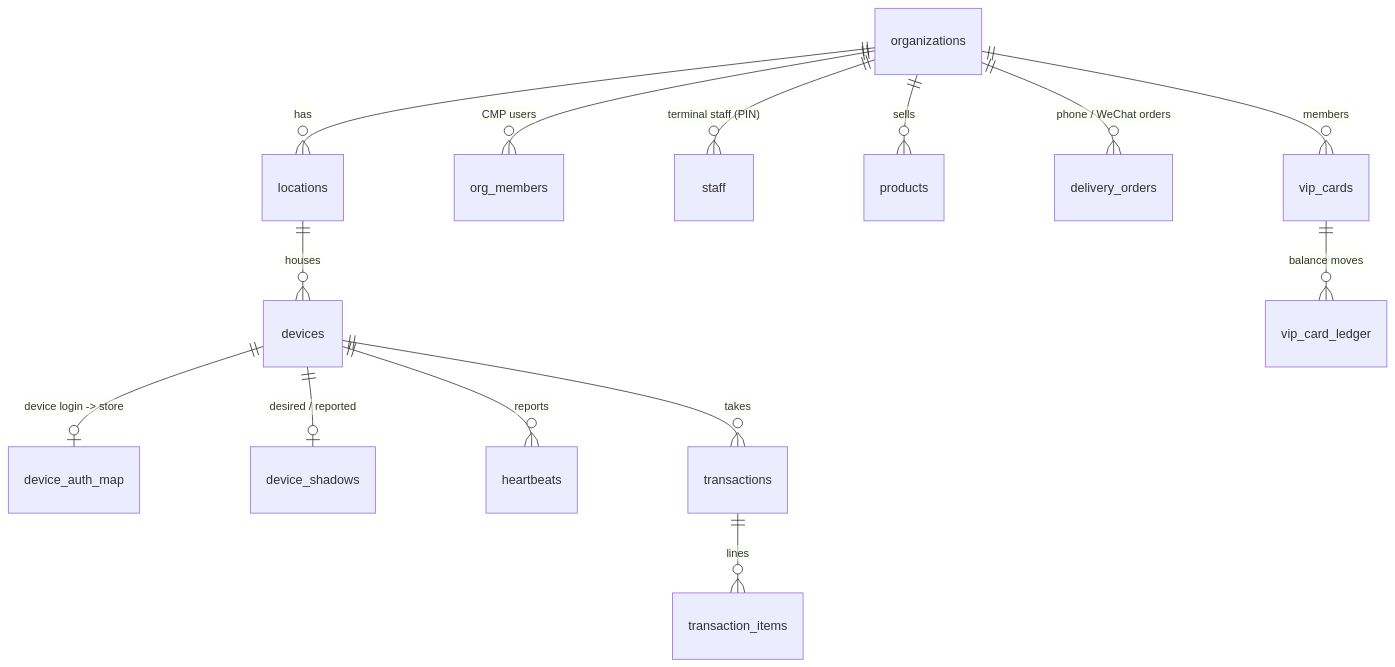
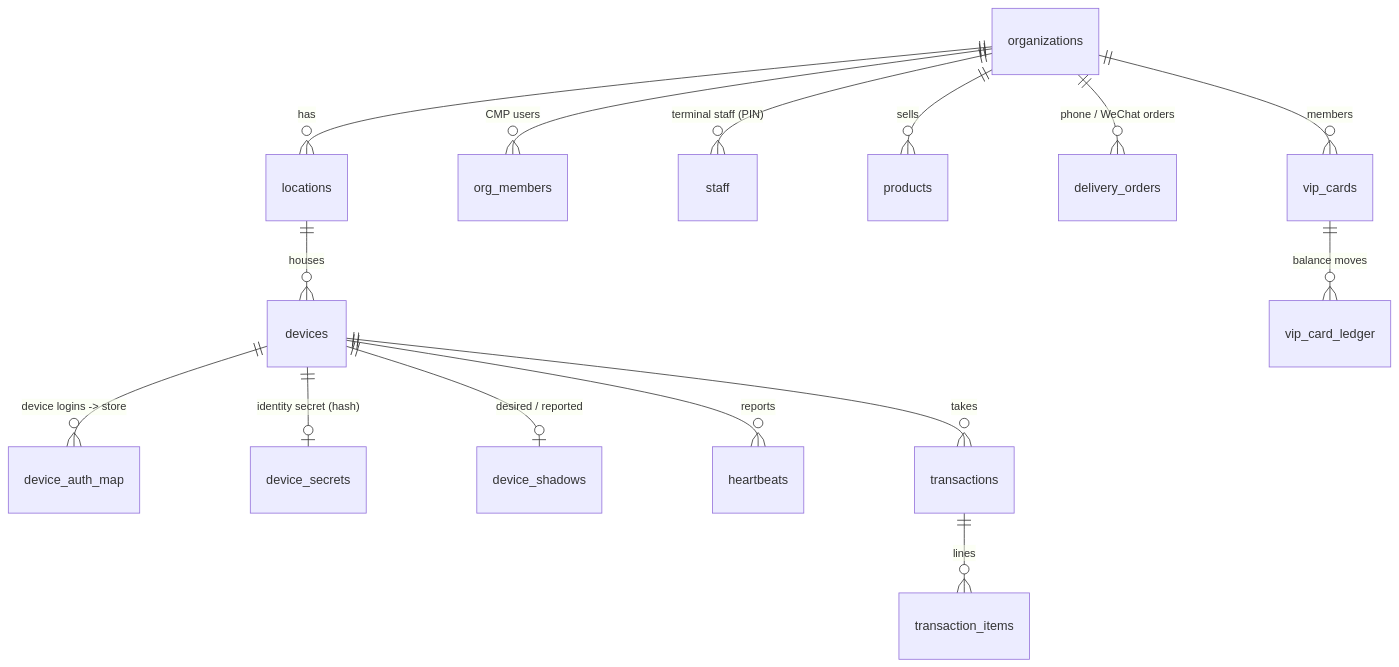
Before and after one commit to Hanzg20/GS-SSP: the diagram in docs/database_design.md, drawn with Mermaid. The commit also changed other lines of this file and 2 other files, not shown here.

First line of the commit message:
docs: device identity, store moves, dine-in multi-terminal (Oct 13-14)

````diff
--- a/docs/database_design.md
+++ b/docs/database_design.md
@@ -17,16 +23,17 @@
 ```mermaid
 erDiagram
     organizations ||--o{ locations : "has"
     organizations ||--o{ org_members : "CMP users"
     organizations ||--o{ staff : "terminal staff (PIN)"
     organizations ||--o{ products : "sells"
     locations ||--o{ devices : "houses"
-    devices ||--o| device_auth_map : "device login -> store"
+    devices ||--o{ device_auth_map : "device logins -> store"
+    devices ||--o| device_secrets : "identity secret (hash)"
     devices ||--o| device_shadows : "desired / reported"
     devices ||--o{ heartbeats : "reports"
     devices ||--o{ transactions : "takes"
     transactions ||--o{ transaction_items : "lines"
     organizations ||--o{ delivery_orders : "phone / WeChat orders"
     organizations ||--o{ vip_cards : "members"
     vip_cards ||--o{ vip_card_ledger : "balance moves"
 ```
````
